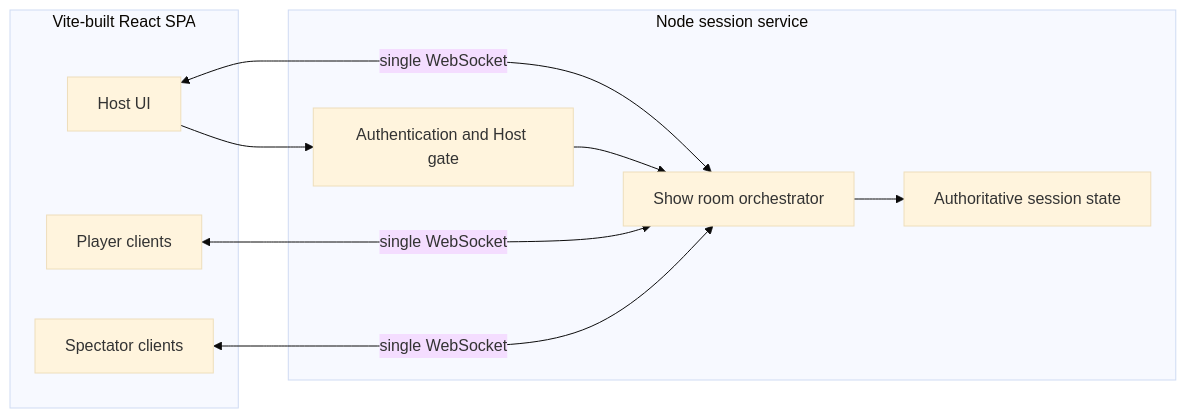
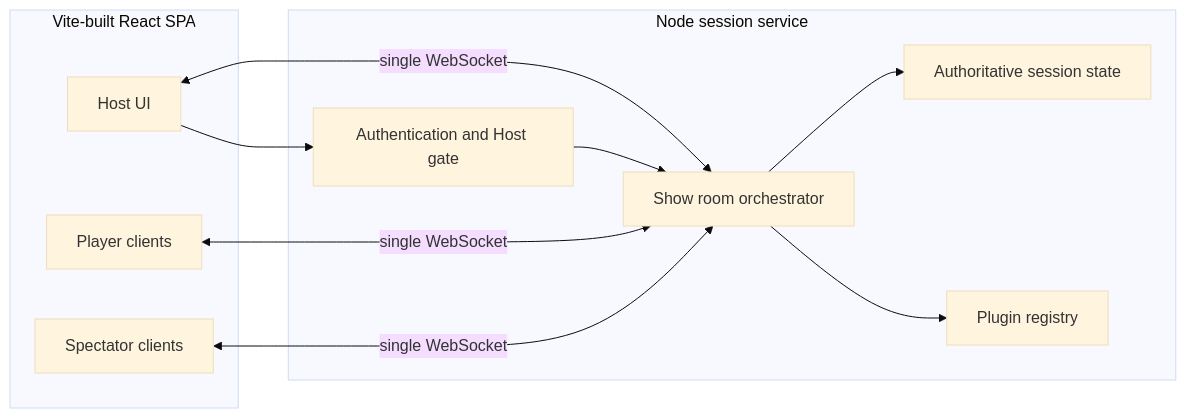
The first of 11 diagrams in requirements/architecture.md (adeptsofcataclysm/Adept-Game), drawn with Mermaid (base theme) before and after one commit. The commit also changed other lines of this file and 10 other files, not shown here.

````diff
--- a/requirements/architecture.md
+++ b/requirements/architecture.md
@@ -79,21 +94,23 @@
 ```mermaid
 flowchart LR
   subgraph clients [Vite-built React SPA]
     H[Host UI]
     P[Player clients]
     S[Spectator clients]
   end
 
   subgraph server [Node session service]
     AUTH[Authentication and Host gate]
     ROOM[Show room orchestrator]
     STATE[Authoritative session state]
+    PLUG[Plugin registry]
   end
 
   H <-->|single WebSocket| ROOM
   P <-->|single WebSocket| ROOM
   S <-->|single WebSocket| ROOM
   H --> AUTH
   AUTH --> ROOM
   ROOM --> STATE
+  ROOM --> PLUG
 ```
````
